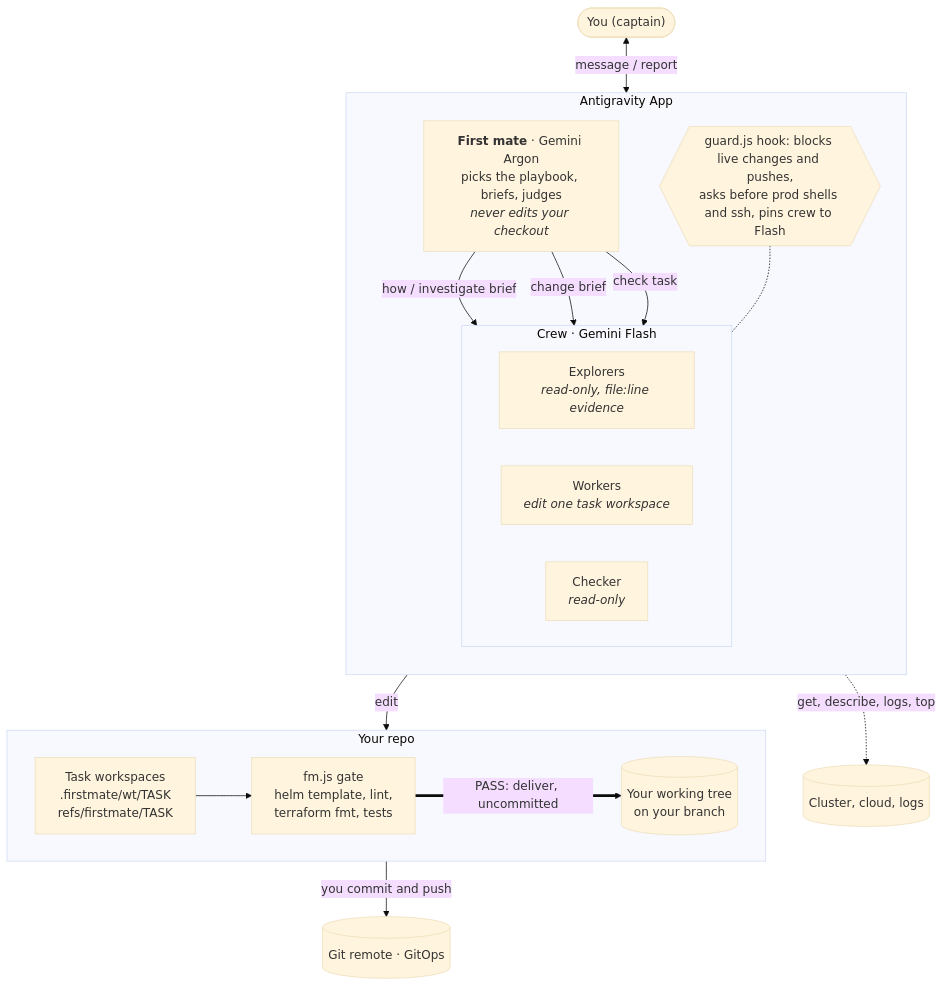
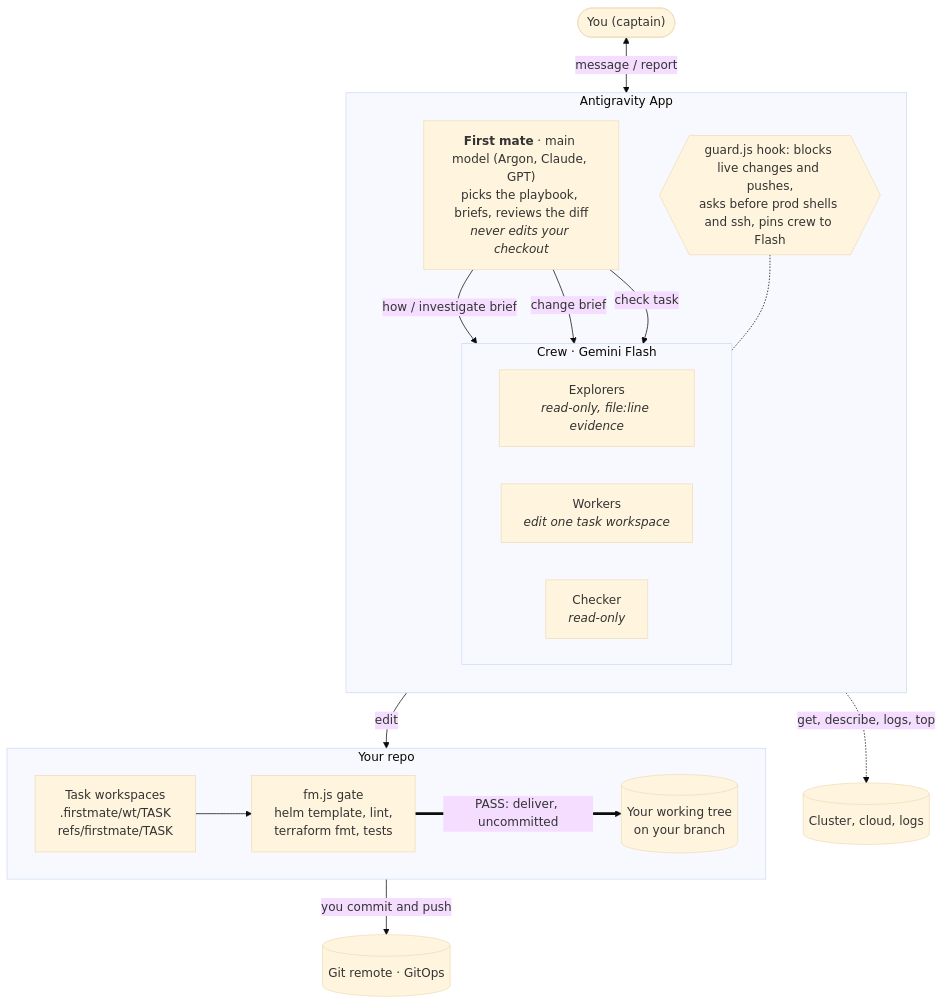
One commit to cuongtt0201/antigravity-firstmate changed the first of 4 diagrams in docs/architecture.md. Above: the diagram before and after it, drawn with Mermaid (base theme). The commit also changed other lines of this file and 13 other files, not shown here.

````diff
--- a/docs/architecture.md
+++ b/docs/architecture.md
@@ -7,37 +7,37 @@
 ```mermaid
 flowchart TB
   you(["You (captain)"])
 
   subgraph app["Antigravity App"]
     direction TB
-    fm["<b>First mate</b> · Gemini Argon<br/>picks the playbook, briefs, judges<br/><i>never edits your checkout</i>"]
+    fm["<b>First mate</b> · main model (Argon, Claude, GPT)<br/>picks the playbook, briefs, reviews the diff<br/><i>never edits your checkout</i>"]
     subgraph crew["Crew · Gemini Flash"]
       direction LR
       inv["Explorers<br/><i>read-only, file:line evidence</i>"]
       wk["Workers<br/><i>edit one task workspace</i>"]
       ck["Checker<br/><i>read-only</i>"]
     end
     guard{{"guard.js hook: blocks live changes and pushes,<br/>asks before prod shells and ssh, pins crew to Flash"}}
   end
 
   subgraph repo["Your repo"]
     direction LR
     wt["Task workspaces<br/>.firstmate/wt/TASK<br/>refs/firstmate/TASK"]
     gate["fm.js gate<br/>helm template, lint,<br/>terraform fmt, tests"]
     tree[("Your working tree<br/>on your branch")]
   end
 
   live[("Cluster, cloud, logs")]
   remote[("Git remote · GitOps")]
 
   you <-->|"message / report"| fm
   fm -->|"how / investigate brief"| inv
   fm -->|"change brief"| wk
   fm -->|"check task"| ck
   inv -.->|"get, describe, logs, top"| live
   wk -->|"edit"| wt
   wt --> gate
   gate ==>|"PASS: deliver, uncommitted"| tree
   tree -->|"you commit and push"| remote
   guard -.- crew
 ```
````
